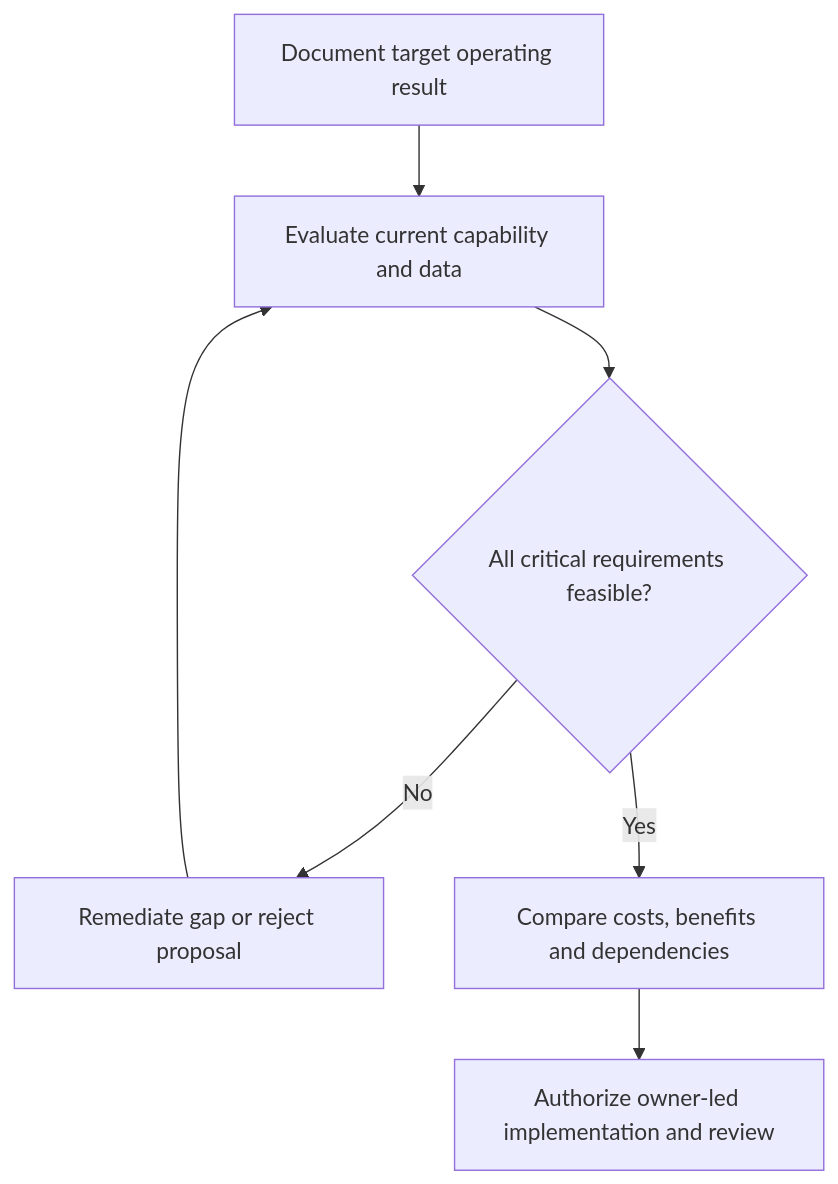
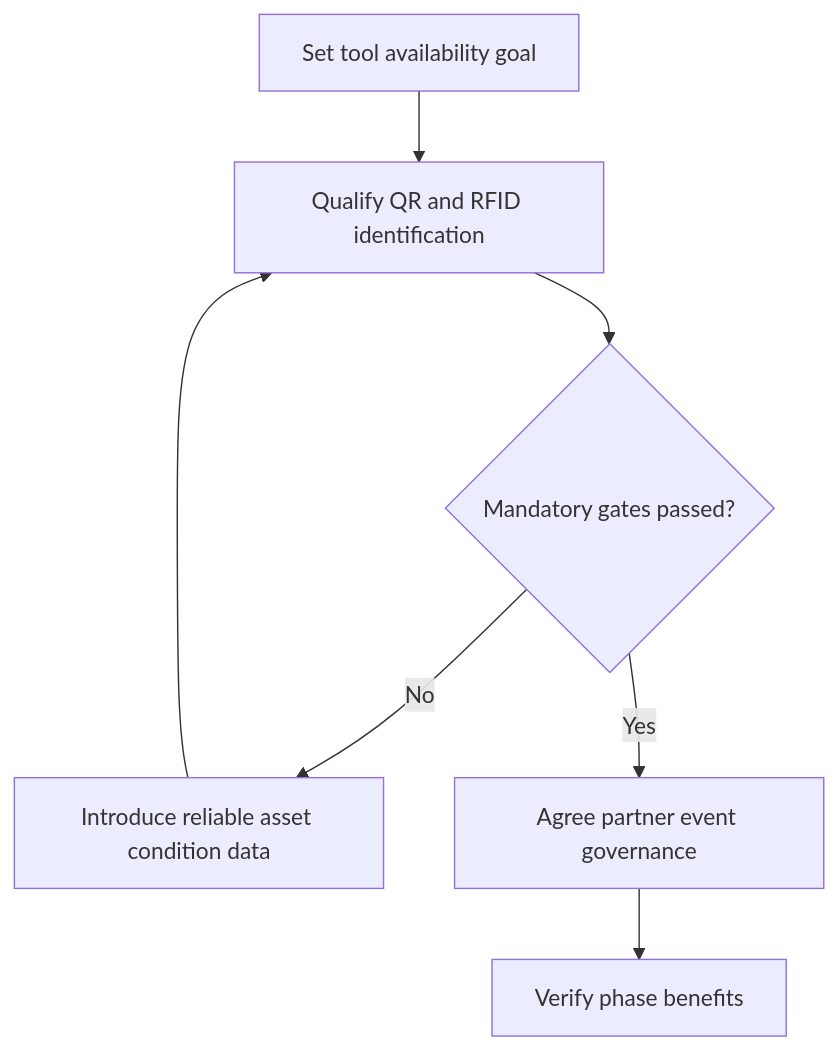
One commit to theleanx/SupplyChain-Design-Notes changed the diagram in 08-optimization-sustainability-technology/section-c-technology-trends/07-technology-roadmaps-and-sequencing.md. Above: the diagram before and after it, drawn with Mermaid. The commit also changed other lines of this file and 8 other files, not shown here.

````diff
--- a/08-optimization-sustainability-technology/section-c-technology-trends/07-technology-roadmaps-and-sequencing.md
+++ b/08-optimization-sustainability-technology/section-c-technology-trends/07-technology-roadmaps-and-sequencing.md
@@ -40,9 +40,9 @@
 ```mermaid
 flowchart TD
-    A[Document target operating result] --> B[Evaluate current capability and data]
-    B --> C{All critical requirements feasible?}
-    C -- No --> D[Remediate gap or reject proposal]
+    A[Set tool availability goal] --> B[Qualify QR and RFID identification]
+    B --> C{Mandatory gates passed?}
+    C -- No --> D[Introduce reliable asset condition data]
     D --> B
-    C -- Yes --> E[Compare costs, benefits and dependencies]
-    E --> F[Authorize owner-led implementation and review]
+    C -- Yes --> E[Agree partner event governance]
+    E --> F[Verify phase benefits]
 ```
````
